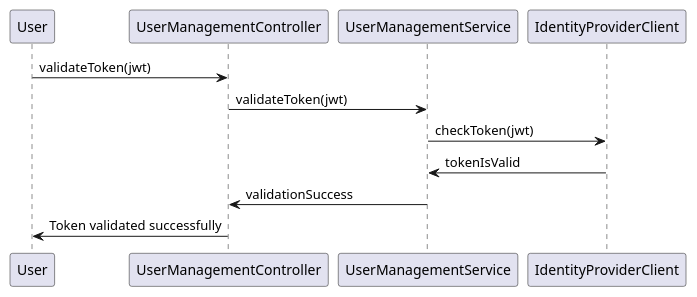
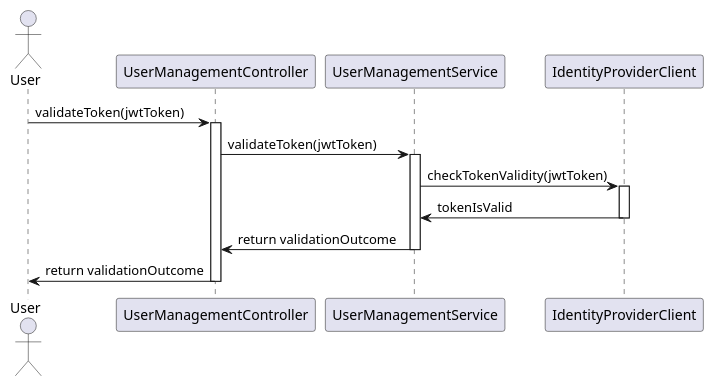
One commit to shreya-cn/autodev.ai changed the third of 5 diagrams in usermanagement/documentation/detaileddesign.adoc. Above: the diagram before and after it, drawn with PlantUML. The commit also changed other lines of this file and 3 other files, not shown here.

```diff
--- a/usermanagement/documentation/detaileddesign.adoc
+++ b/usermanagement/documentation/detaileddesign.adoc
@@ -143,14 +161,26 @@
 [plantuml, jwt-validation-sequence, png]
-....
-participant "User" as U
-participant "UserManagementController" as C
-participant "UserManagementService" as S
-participant "IdentityProviderClient" as IPC
+----
+@startuml
+actor User
+participant UserManagementController
+participant UserManagementService
+participant IdentityProviderClient
 
-U -> C: validateToken(jwt)
-C -> S: validateToken(jwt)
-S -> IPC: checkToken(jwt)
-IPC -> S: tokenIsValid
-S -> C: validationSuccess
-C -> U: Token validated successfully
-....
+User -> UserManagementController : validateToken(jwtToken)
+activate UserManagementController
+
+UserManagementController -> UserManagementService : validateToken(jwtToken)
+activate UserManagementService
+
+UserManagementService -> IdentityProviderClient : checkTokenValidity(jwtToken)
+activate IdentityProviderClient
+IdentityProviderClient -> UserManagementService : tokenIsValid
+deactivate IdentityProviderClient
+
+UserManagementService -> UserManagementController : return validationOutcome
+deactivate UserManagementService
+
+UserManagementController -> User : return validationOutcome
+deactivate UserManagementController
+@enduml
+----
```
